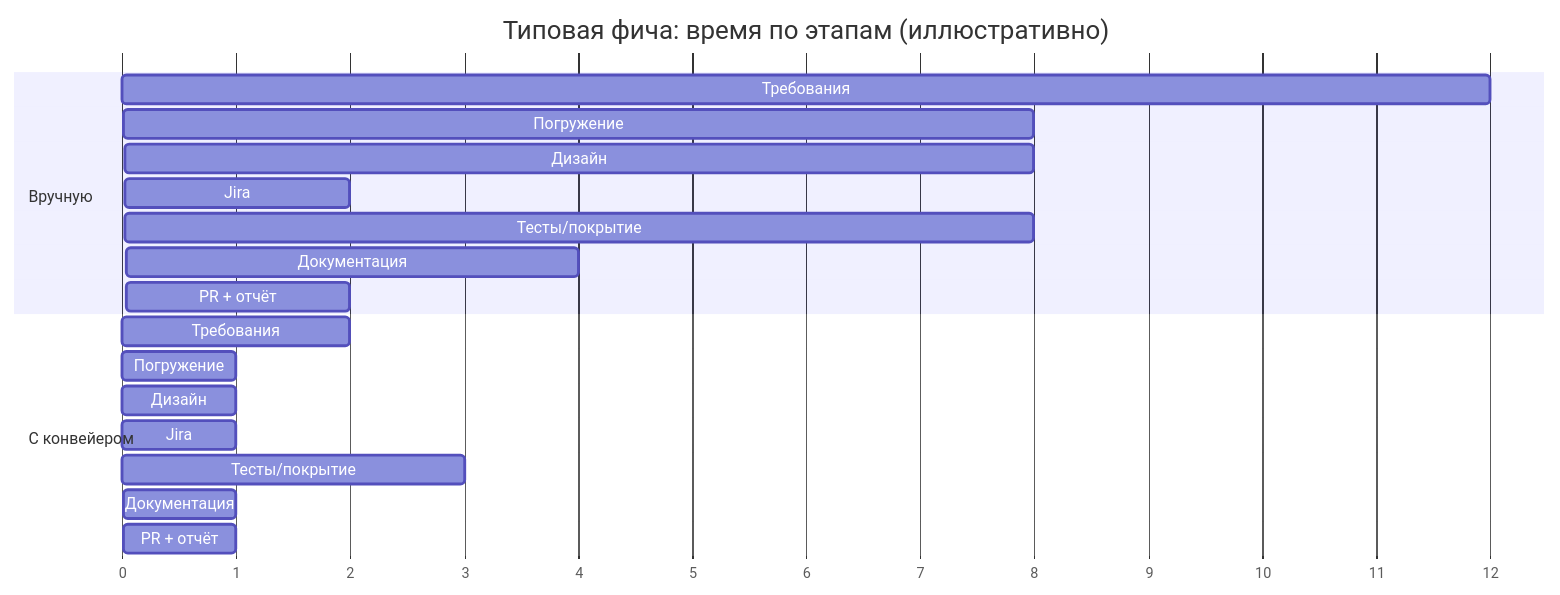
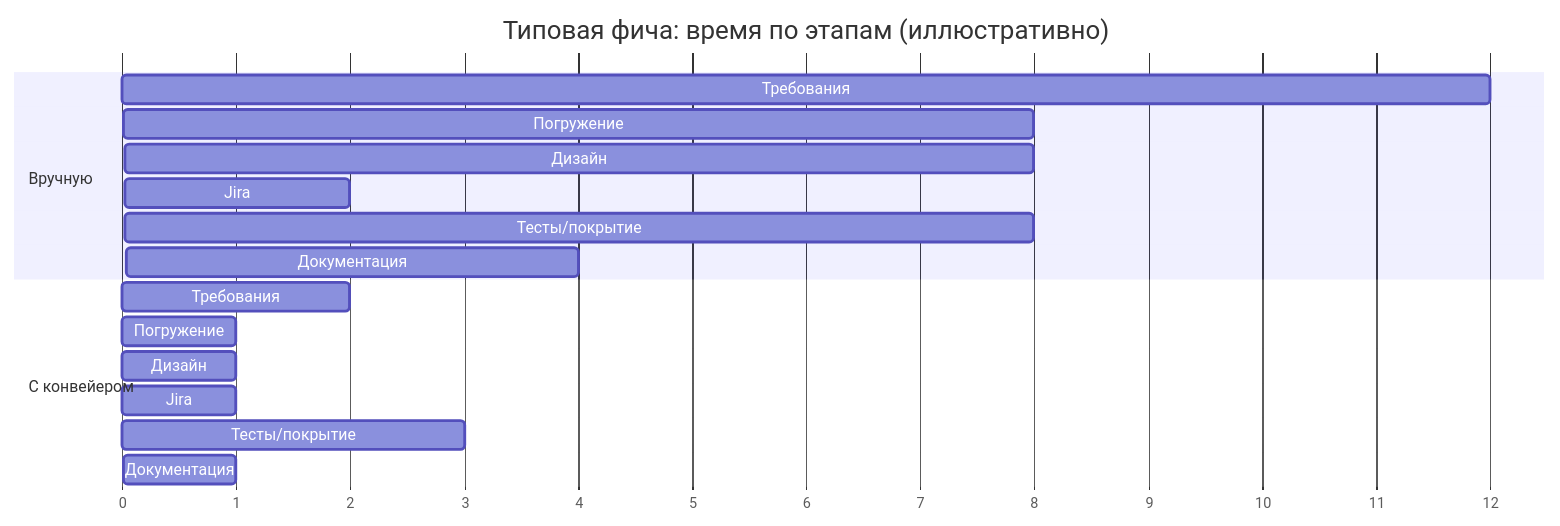
The third of 4 diagrams in forge/docs/pipeline-business.md (i-gabdrahmanov/skills), drawn with Mermaid before and after one commit. The commit also changed other lines of this file and 11 other files, not shown here.

````diff
--- a/forge/docs/pipeline-business.md
+++ b/forge/docs/pipeline-business.md
@@ -112,22 +118,20 @@
 ```mermaid
 gantt
     title Типовая фича: время по этапам (иллюстративно)
     dateFormat X
     axisFormat %s
     section Вручную
     Требования        :0, 12
     Погружение        :12, 8
     Дизайн            :20, 8
     Jira              :28, 2
     Тесты/покрытие    :30, 8
     Документация      :38, 4
-    PR + отчёт        :42, 2
     section С конвейером
     Требования        :0, 2
     Погружение        :2, 1
     Дизайн            :3, 1
     Jira              :4, 1
     Тесты/покрытие    :5, 3
     Документация      :8, 1
-    PR + отчёт        :9, 1
 ```
````
